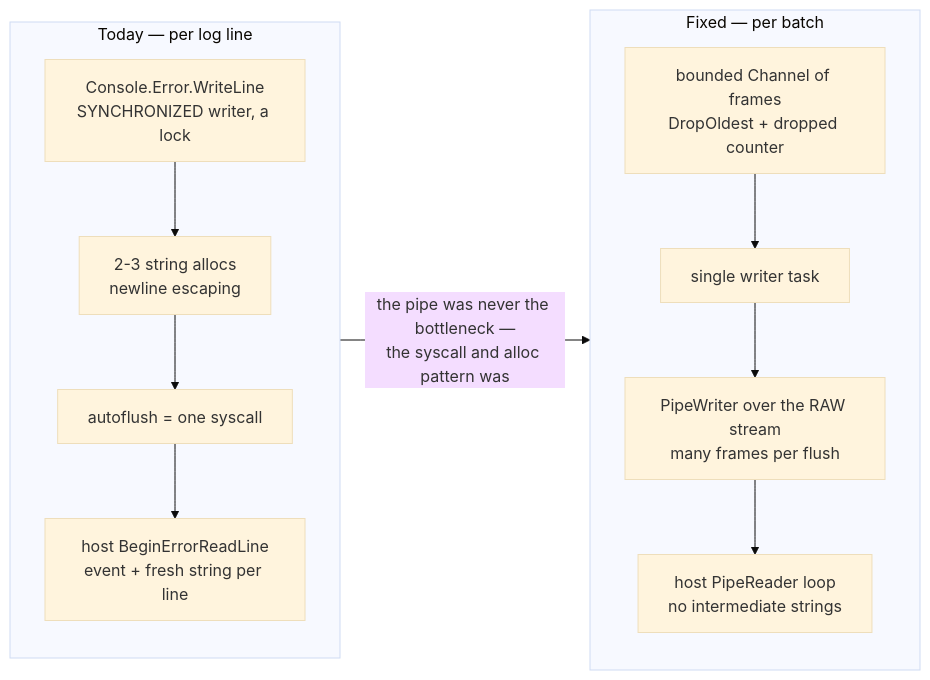
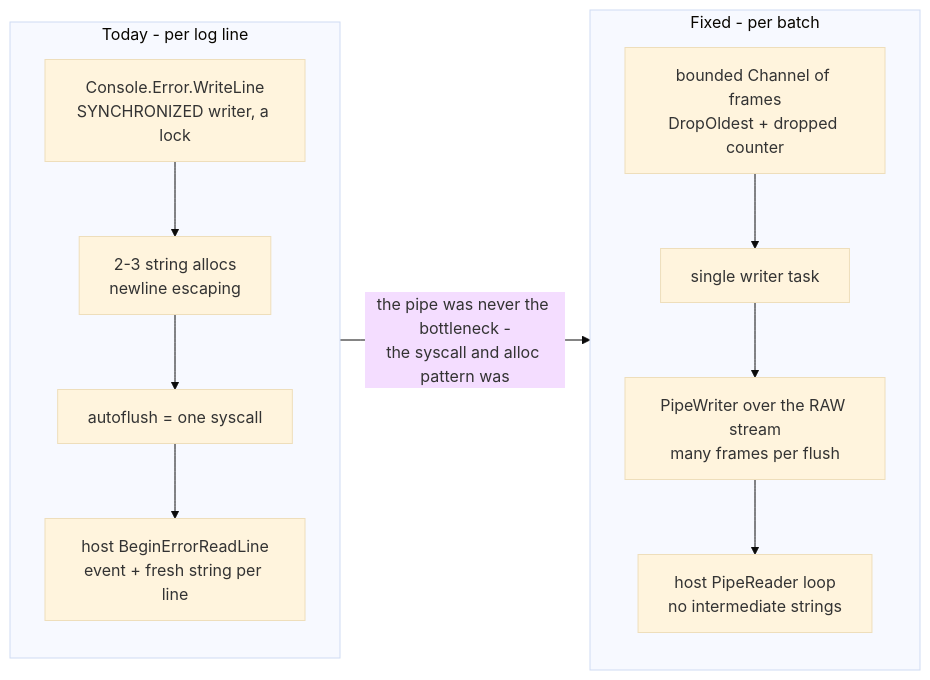
Before and after one commit to simplify9/Bitween-api: diagram 16 of 34 in docs/design/resident-adapters-design.md, drawn with Mermaid (base theme). The commit also changed other lines of this file and 768 other files, not shown here.

````diff
--- a/docs/design/resident-adapters-design.md
+++ b/docs/design/resident-adapters-design.md
@@ -833,18 +833,18 @@
 ```mermaid
 flowchart LR
-    subgraph SLOW["Today — per log line"]
+    subgraph SLOW["Today - per log line"]
         S1["Console.Error.WriteLine<br/>SYNCHRONIZED writer, a lock"]
         S2["2-3 string allocs<br/>newline escaping"]
         S3["autoflush = one syscall"]
         S4["host BeginErrorReadLine<br/>event + fresh string per line"]
         S1 --> S2 --> S3 --> S4
     end
-    subgraph FAST["Fixed — per batch"]
+    subgraph FAST["Fixed - per batch"]
         F1["bounded Channel of frames<br/>DropOldest + dropped counter"]
         F2["single writer task"]
         F3["PipeWriter over the RAW stream<br/>many frames per flush"]
         F4["host PipeReader loop<br/>no intermediate strings"]
         F1 --> F2 --> F3 --> F4
     end
-    SLOW -->|"the pipe was never the bottleneck —<br/>the syscall and alloc pattern was"| FAST
+    SLOW -->|"the pipe was never the bottleneck -<br/>the syscall and alloc pattern was"| FAST
 ```
````
